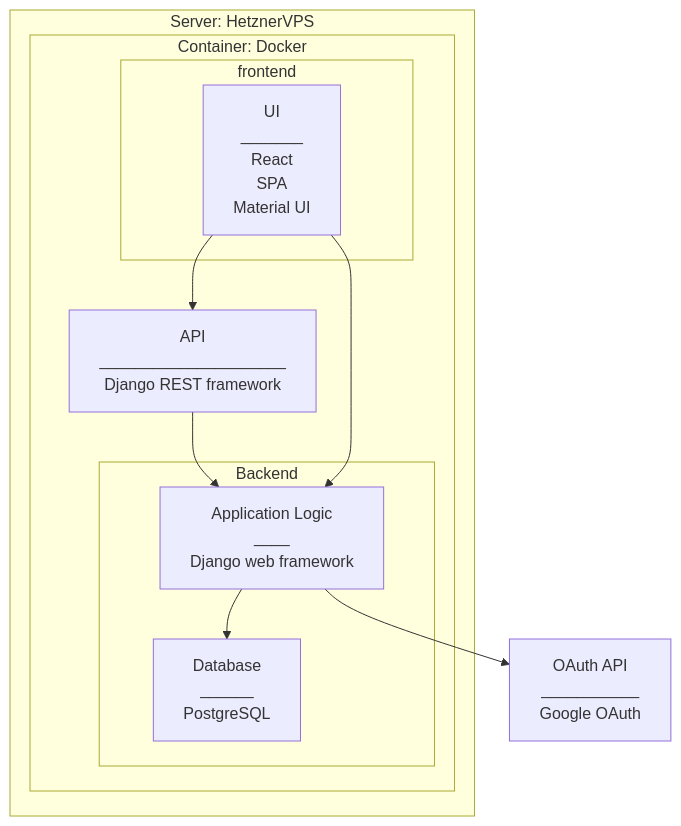
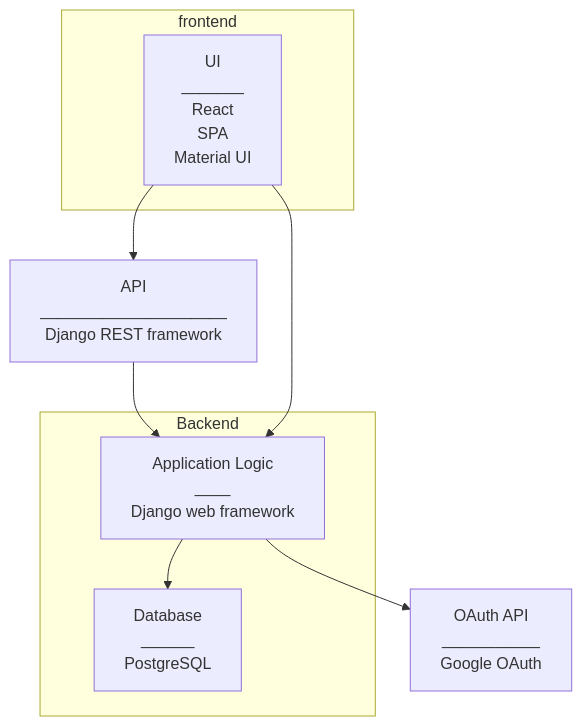
One commit to Cast2023/ohjeita changed the diagram in arkkitehtuuri-draft.md. Above: the diagram before and after it, drawn with Mermaid. The commit also changed other lines of this file, not shown here.

````diff
--- a/arkkitehtuuri-draft.md
+++ b/arkkitehtuuri-draft.md
@@ -3,20 +3,16 @@
 ```mermaid
 flowchart
-    subgraph Server: HetznerVPS
-        subgraph Container: Docker
-            subgraph frontend
-                ui[UI\n_______\nReact\nSPA\nMaterial UI]
-            end
-            djangoapi[API\n_____________________\nDjango REST framework]
-            subgraph Backend
-                backend[Application Logic\n____\nDjango web framework]
-                db[Database\n______\nPostgreSQL]
-            end
-            ui-->djangoapi
-            djangoapi-->backend
-            ui-->backend
-            backend-->db
-        end
+    subgraph frontend
+        ui[UI\n_______\nReact\nSPA\nMaterial UI]
     end
+    djangoapi[API\n_____________________\nDjango REST framework]
+    subgraph Backend
+        backend[Application Logic\n____\nDjango web framework]
+        db[Database\n______\nPostgreSQL]
+    end
+    ui-->djangoapi
+    djangoapi-->backend
+    ui-->backend
+    backend-->db
     backend --> oauth[OAuth API\n___________\nGoogle OAuth]
 ```
````
